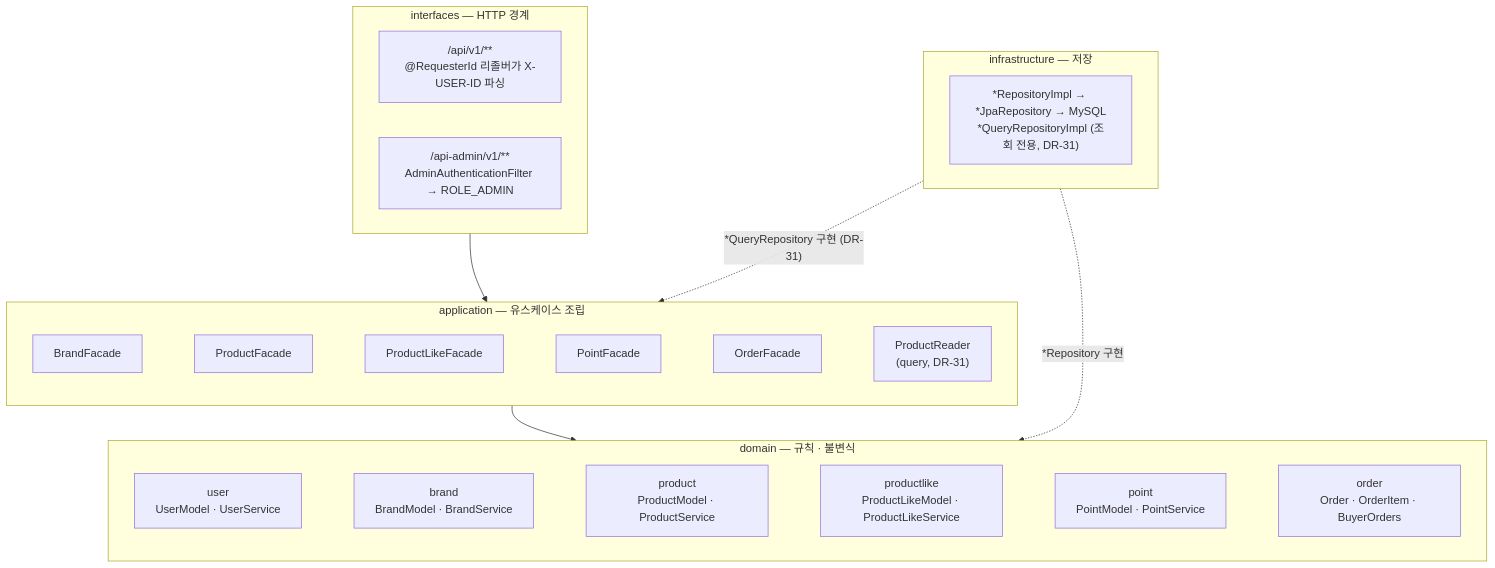
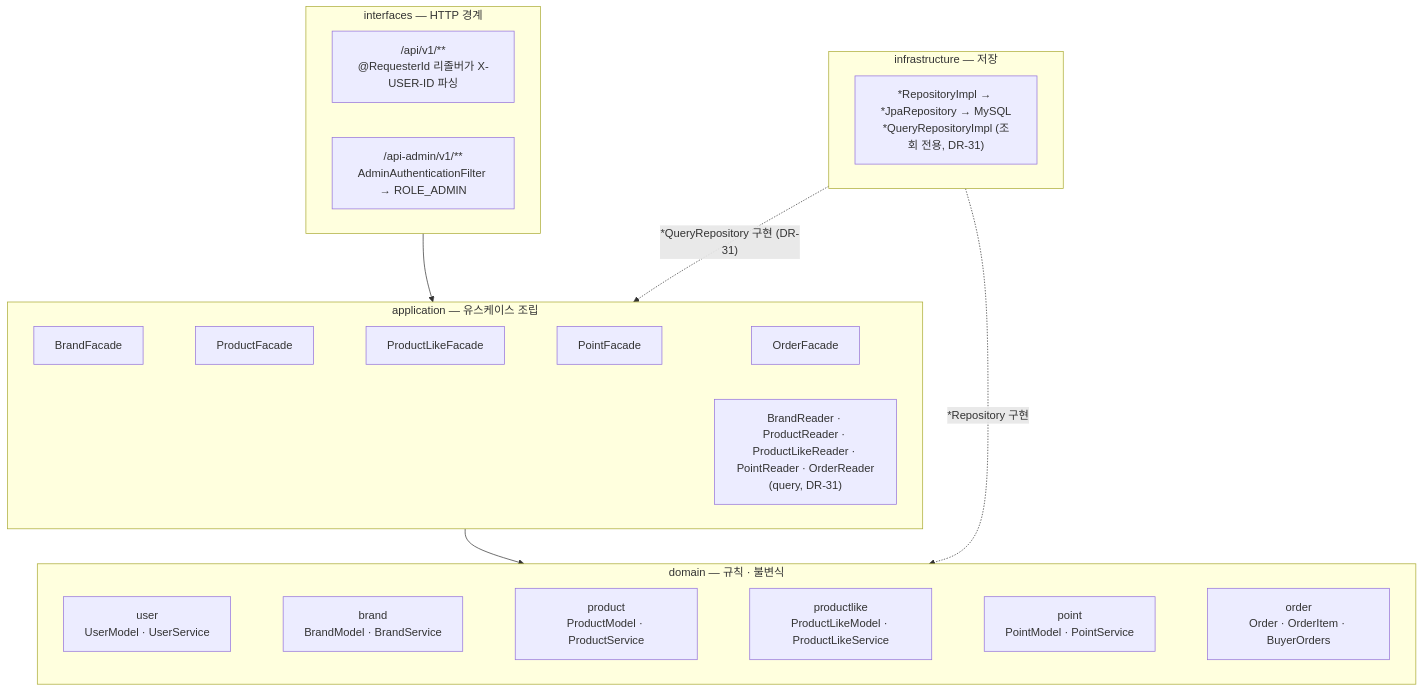
The second of 2 diagrams in docs/week2/design.md (loopers-labs/loop-pack-be-l2-vol5-java), drawn with Mermaid before and after one commit. The commit also changed other lines of this file and 2 other files, not shown here.

First line of the commit message:
docs: extend DR-31 to all query FRs

````diff
--- a/docs/week2/design.md
+++ b/docs/week2/design.md
@@ -39,23 +39,24 @@
 ```mermaid
 flowchart TB
     subgraph IF["interfaces — HTTP 경계"]
         direction LR
         CU["/api/v1/**<br/>@RequesterId 리졸버가 X-USER-ID 파싱"]
         AD["/api-admin/v1/**<br/>AdminAuthenticationFilter → ROLE_ADMIN"]
     end
     subgraph AP["application — 유스케이스 조립"]
         direction LR
-        F1[BrandFacade] ~~~ F2[ProductFacade] ~~~ F3[ProductLikeFacade] ~~~ F4[PointFacade] ~~~ F5[OrderFacade] ~~~ Q1["ProductReader<br/>(query, DR-31)"]
+        F1[BrandFacade] ~~~ F2[ProductFacade] ~~~ F3[ProductLikeFacade] ~~~ F4[PointFacade] ~~~ F5[OrderFacade]
+        Q1["BrandReader · ProductReader · ProductLikeReader · PointReader · OrderReader<br/>(query, DR-31)"]
     end
     subgraph DO["domain — 규칙 · 불변식"]
         direction LR
         D1["user<br/>UserModel · UserService"] ~~~ D2["brand<br/>BrandModel · BrandService"] ~~~ D2b["product<br/>ProductModel · ProductService"] ~~~ D2c["productlike<br/>ProductLikeModel · ProductLikeService"] ~~~ D3["point<br/>PointModel · PointService"] ~~~ D4["order<br/>Order · OrderItem · BuyerOrders"]
     end
     subgraph IN["infrastructure — 저장"]
         R["*RepositoryImpl → *JpaRepository → MySQL<br/>*QueryRepositoryImpl (조회 전용, DR-31)"]
     end
 
     IF --> AP --> DO
     IN -.->|"*Repository 구현"| DO
     IN -.->|"*QueryRepository 구현 (DR-31)"| AP
 ```
````
